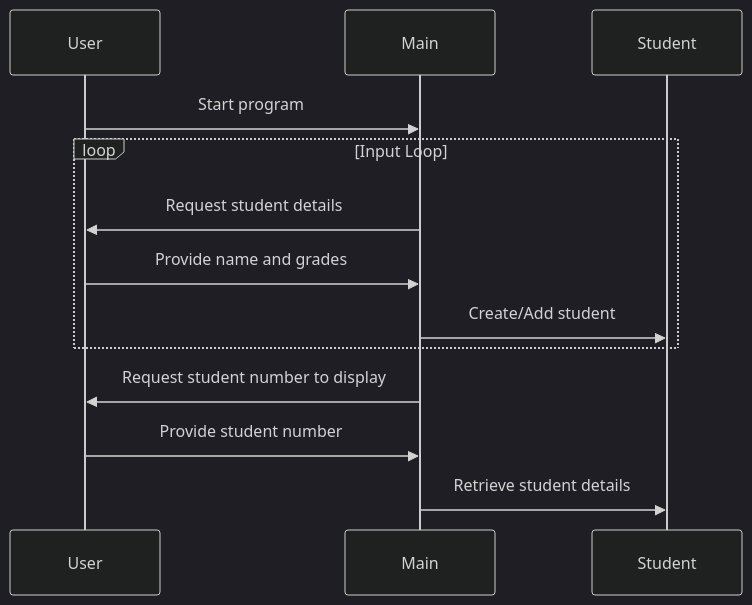
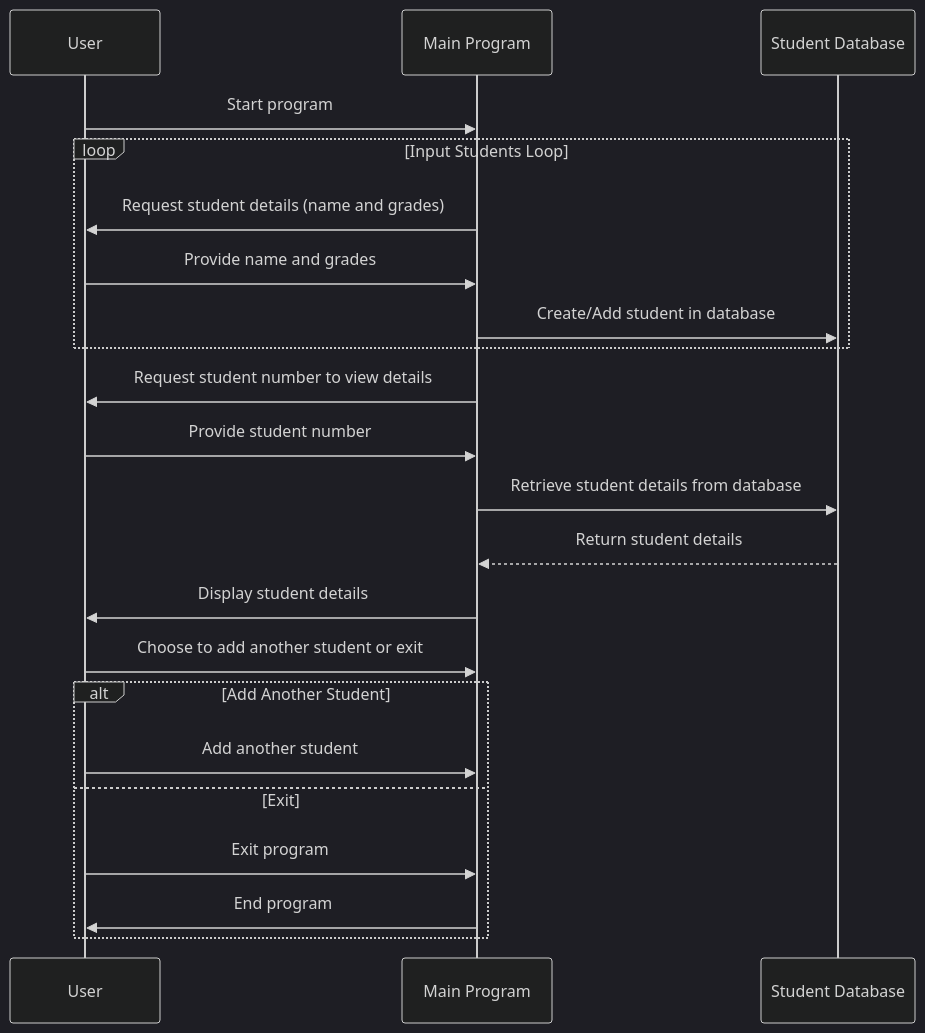
One commit to Chinilshik-kalkulatorov/No_ changed the diagram in README.md. Above: the diagram before and after it, drawn with Mermaid (dark theme).

````diff
--- a/README.md
+++ b/README.md
@@ -12,15 +12,25 @@
 ```mermaid
 sequenceDiagram
     participant U as User
-    participant M as Main
-    participant S as Student
+    participant M as Main Program
+    participant S as Student Database
+
     U->>M: Start program
-    loop Input Loop
-        M->>U: Request student details
+    loop Input Students Loop
+        M->>U: Request student details (name and grades)
         U->>M: Provide name and grades
-        M->>S: Create/Add student
+        M->>S: Create/Add student in database
     end
-    M->>U: Request student number to display
+    M->>U: Request student number to view details
     U->>M: Provide student number
-    M->>S: Retrieve student details
+    M->>S: Retrieve student details from database
+    S-->>M: Return student details
+    M->>U: Display student details
+    U->>M: Choose to add another student or exit
+    alt Add Another Student
+        U->>M: Add another student
+    else Exit
+        U->>M: Exit program
+        M->>U: End program
+    end
 ```
````
